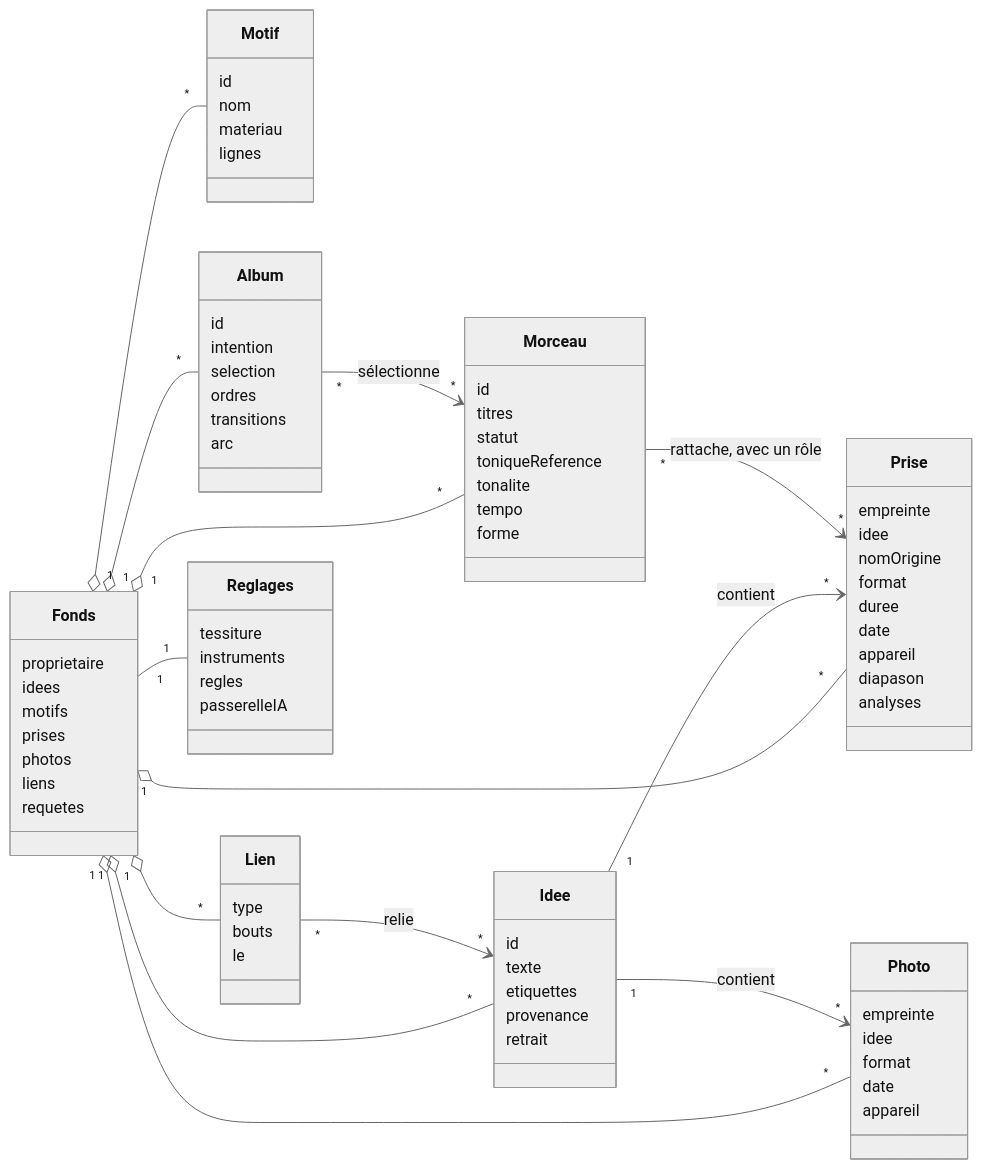
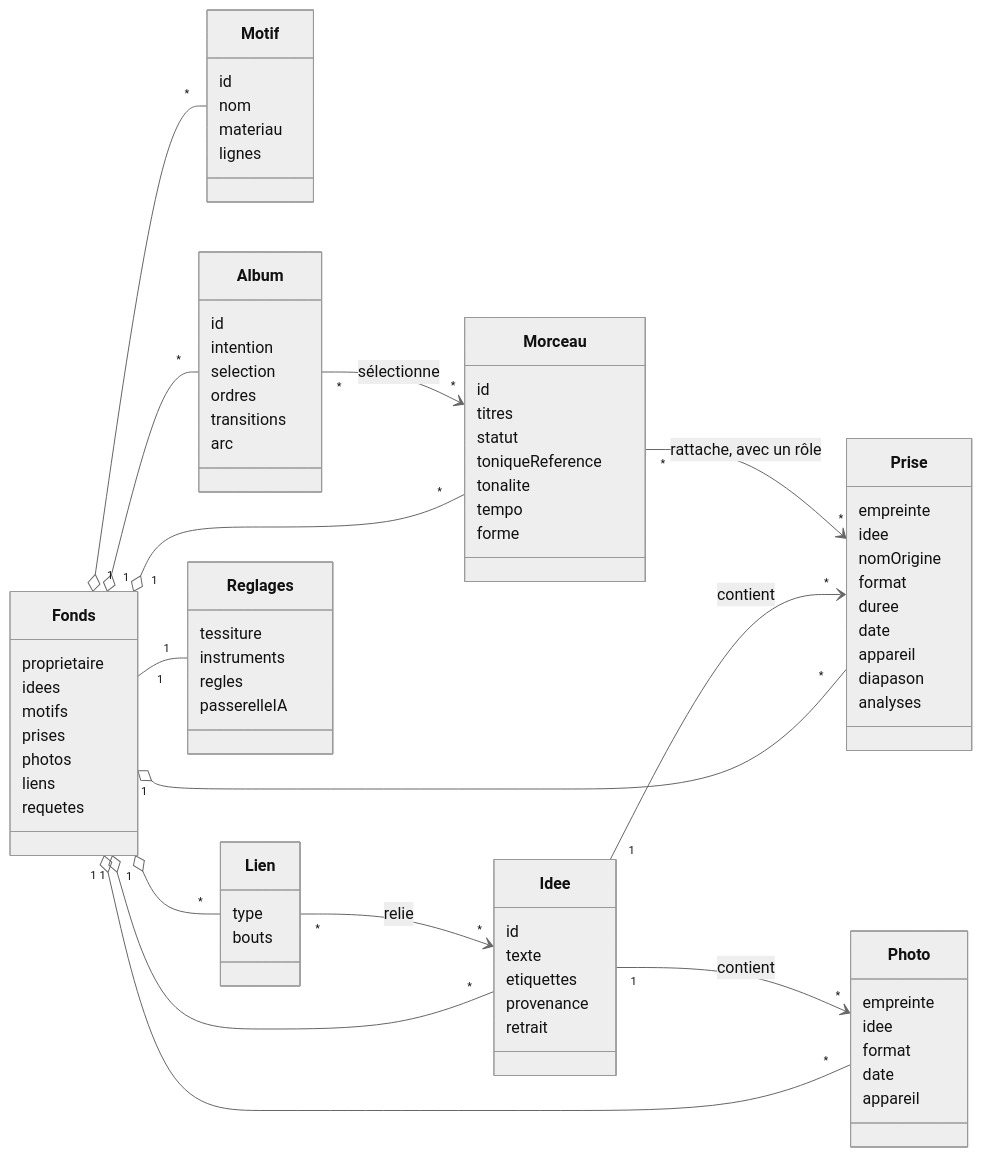
One commit to EdouardZemb/pupitre changed the first of 7 diagrams in docs/30-modele-de-domaine.md. Above: the diagram before and after it, drawn with Mermaid (neutral theme). The commit also changed other lines of this file and 33 other files, not shown here.

```diff
--- a/docs/30-modele-de-domaine.md
+++ b/docs/30-modele-de-domaine.md
@@ -59,7 +59,6 @@
   class Lien {
     type
     bouts
-    le
   }
   class Morceau {
     id
```
